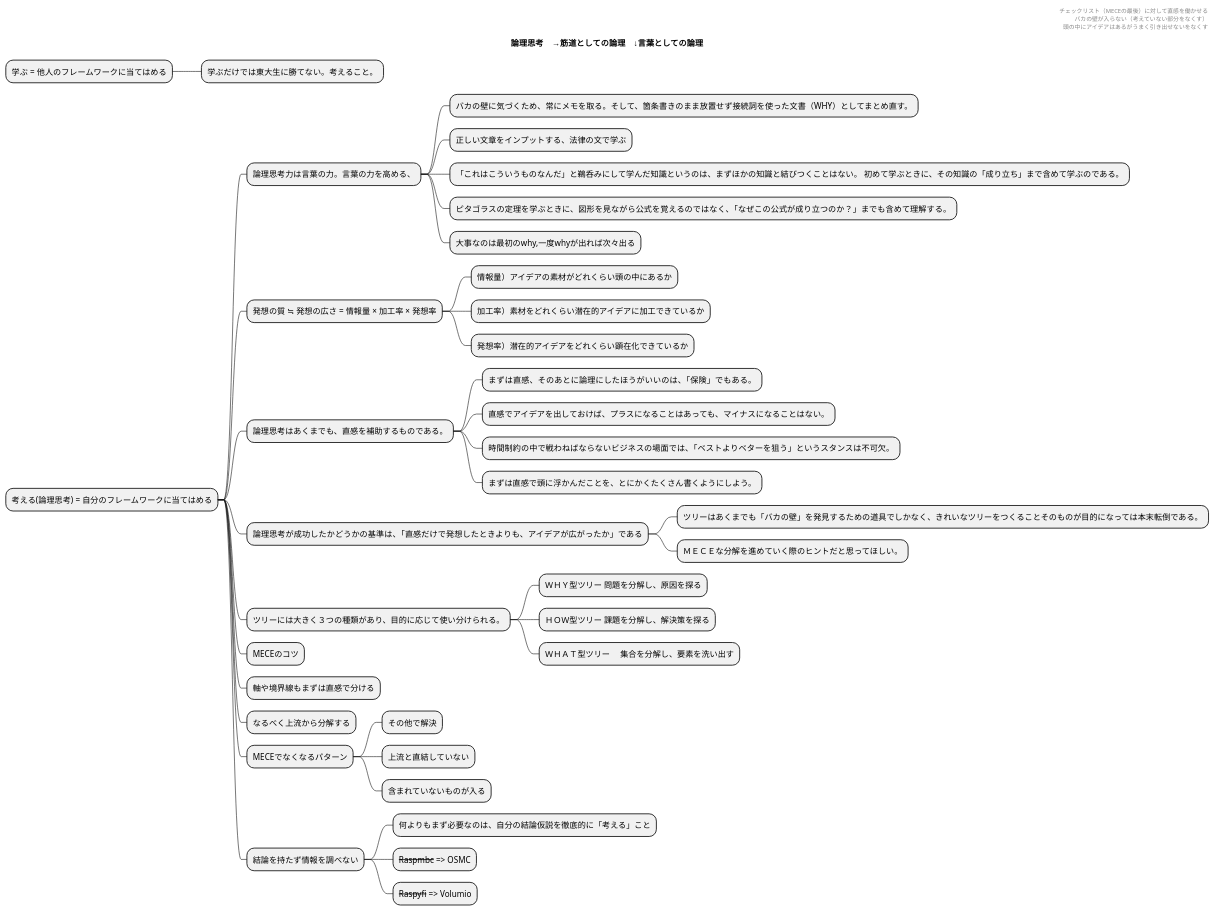
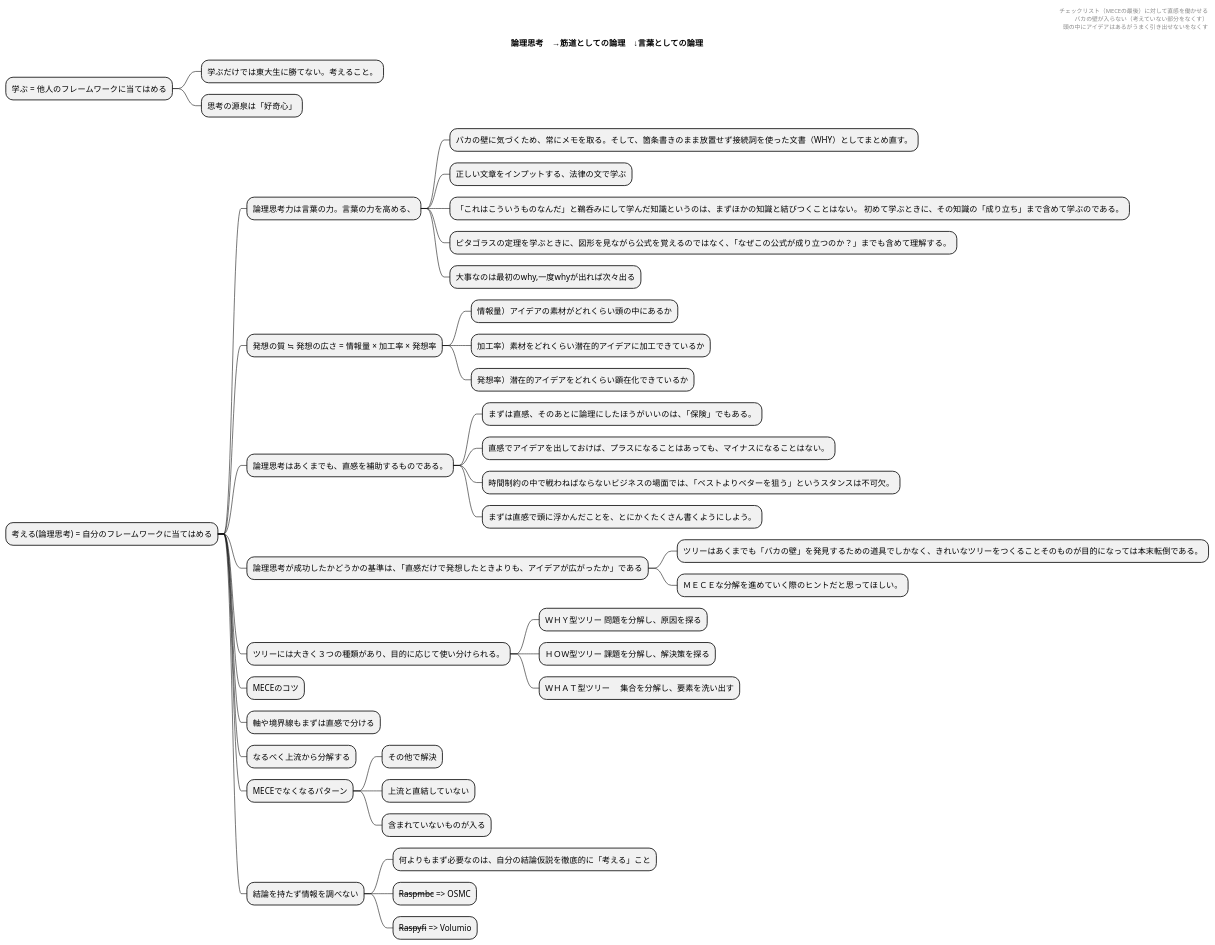
One commit to s-i27/-workflows2 changed the diagram in Logical_thinking.pu. Above: the diagram before and after it, drawn with PlantUML. The commit also changed 1 other file, not shown here.

```diff
--- a/Logical_thinking.pu
+++ b/Logical_thinking.pu
@@ -1,55 +1,56 @@
 @startmindmap
 title 論理思考　→筋道としての論理　↓言葉としての論理
 
 header
 　チェックリスト（MECEの最後）に対して直感を働かせる
   バカの壁が入らない（考えていない部分をなくす）
   頭の中にアイデアはあるがうまく引き出せないをなくす
 endheader
 
 * 学ぶ = 他人のフレームワークに当てはめる
   ** 学ぶだけでは東大生に勝てない。考えること。
+  ** 思考の源泉は「好奇心」
 
 * 考える(論理思考) = 自分のフレームワークに当てはめる
   ** 論理思考力は言葉の力。言葉の力を高める、
     *** バカの壁に気づくため、常にメモを取る。そして、箇条書きのまま放置せず接続詞を使った文書（WHY）としてまとめ直す。
     *** 正しい文章をインプットする、法律の文で学ぶ
     *** 「これはこういうものなんだ」と鵜呑みにして学んだ知識というのは、まずほかの知識と結びつくことはない。 初めて学ぶときに、その知識の「成り立ち」まで含めて学ぶのである。
     *** ピタゴラスの定理を学ぶときに、図形を見ながら公式を覚えるのではなく、「なぜこの公式が成り立つのか？」までも含めて理解する。
     *** 大事なのは最初のwhy,一度whyが出れば次々出る
 
   ** 発想の質 ≒ 発想の広さ = 情報量 × 加工率 × 発想率
     *** 情報量）アイデアの素材がどれくらい頭の中にあるか
     *** 加工率）素材をどれくらい潜在的アイデアに加工できているか
     *** 発想率）潜在的アイデアをどれくらい顕在化できているか
 
   ** 論理思考はあくまでも、直感を補助するものである。
     *** まずは直感、そのあとに論理にしたほうがいいのは、「保険」でもある。
     *** 直感でアイデアを出しておけば、プラスになることはあっても、マイナスになることはない。
     *** 時間制約の中で戦わねばならないビジネスの場面では、「ベストよりベターを狙う」というスタンスは不可欠。
     *** まずは直感で頭に浮かんだことを、とにかくたくさん書くようにしよう。
 
   ** 論理思考が成功したかどうかの基準は、「直感だけで発想したときよりも、アイデアが広がったか」である
     *** ツリーはあくまでも「バカの壁」を発見するための道具でしかなく、きれいなツリーをつくることそのものが目的になっては本末転倒である。
     *** ＭＥＣＥな分解を進めていく際のヒントだと思ってほしい。
 
   ** ツリーには大きく３つの種類があり、目的に応じて使い分けられる。
     *** ＷＨＹ型ツリー 問題を分解し、原因を探る
     *** ＨＯＷ型ツリー 課題を分解し、解決策を探る
     *** ＷＨＡＴ型ツリー 　集合を分解し、要素を洗い出す
 
   ** MECEのコツ
     ** 軸や境界線もまずは直感で分ける
     ** なるべく上流から分解する
 
   ** MECEでなくなるパターン
     *** その他で解決
     *** 上流と直結していない
     *** 含まれていないものが入る
 
   ** 結論を持たず情報を調べない
     *** 何よりもまず必要なのは、自分の結論仮説を徹底的に「考える」こと
 
     *** <s>Raspmbc</s> => OSMC
     *** <s>Raspyfi</s> => Volumio
 @endmindmap
```
